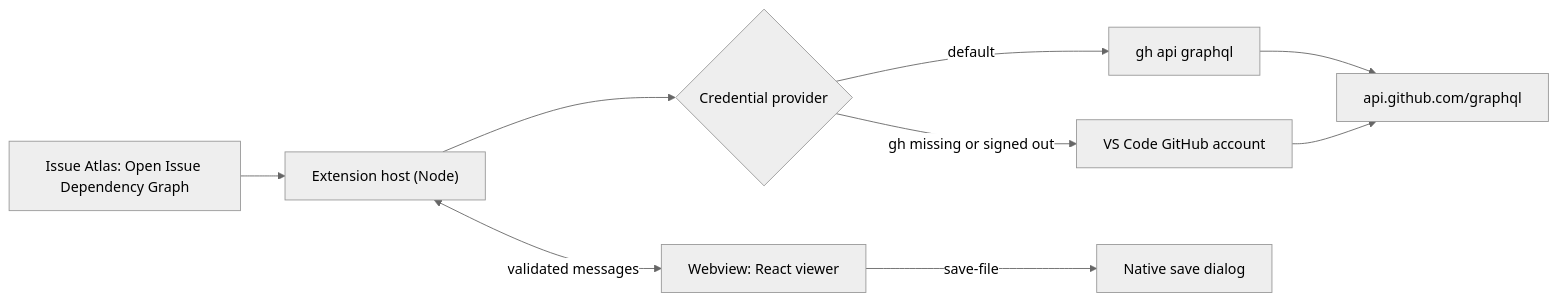
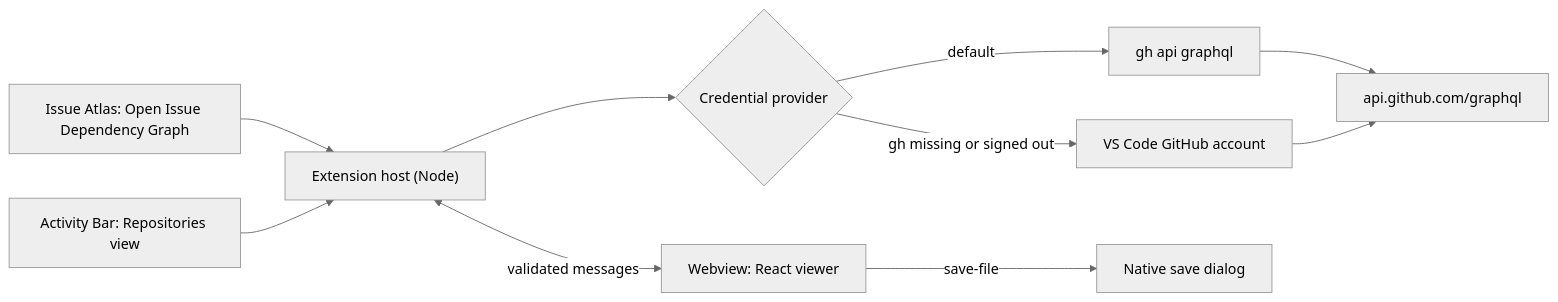
The diagram in docs/plans/06-vscode-extension.md (2chanhaeng/github-issue-dag-viewer), drawn with Mermaid (neutral theme) before and after one commit. The commit also changed other lines of this file and 11 other files, not shown here.

First line of the commit message:
Add an Activity Bar view to the VS Code extension

````diff
--- a/docs/plans/06-vscode-extension.md
+++ b/docs/plans/06-vscode-extension.md
@@ -9,11 +9,12 @@
 ```mermaid
 flowchart LR
     Command["Issue Atlas: Open Issue Dependency Graph"] --> Host["Extension host (Node)"]
+    View["Activity Bar: Repositories view"] --> Host
     Host --> Credentials{"Credential provider"}
     Credentials -->|default| Gh["gh api graphql"]
     Credentials -->|gh missing or signed out| Account["VS Code GitHub account"]
     Gh --> GitHub["api.github.com/graphql"]
     Account --> GitHub
     Host <-->|validated messages| Webview["Webview: React viewer"]
     Webview -->|save-file| Save["Native save dialog"]
 ```
````
